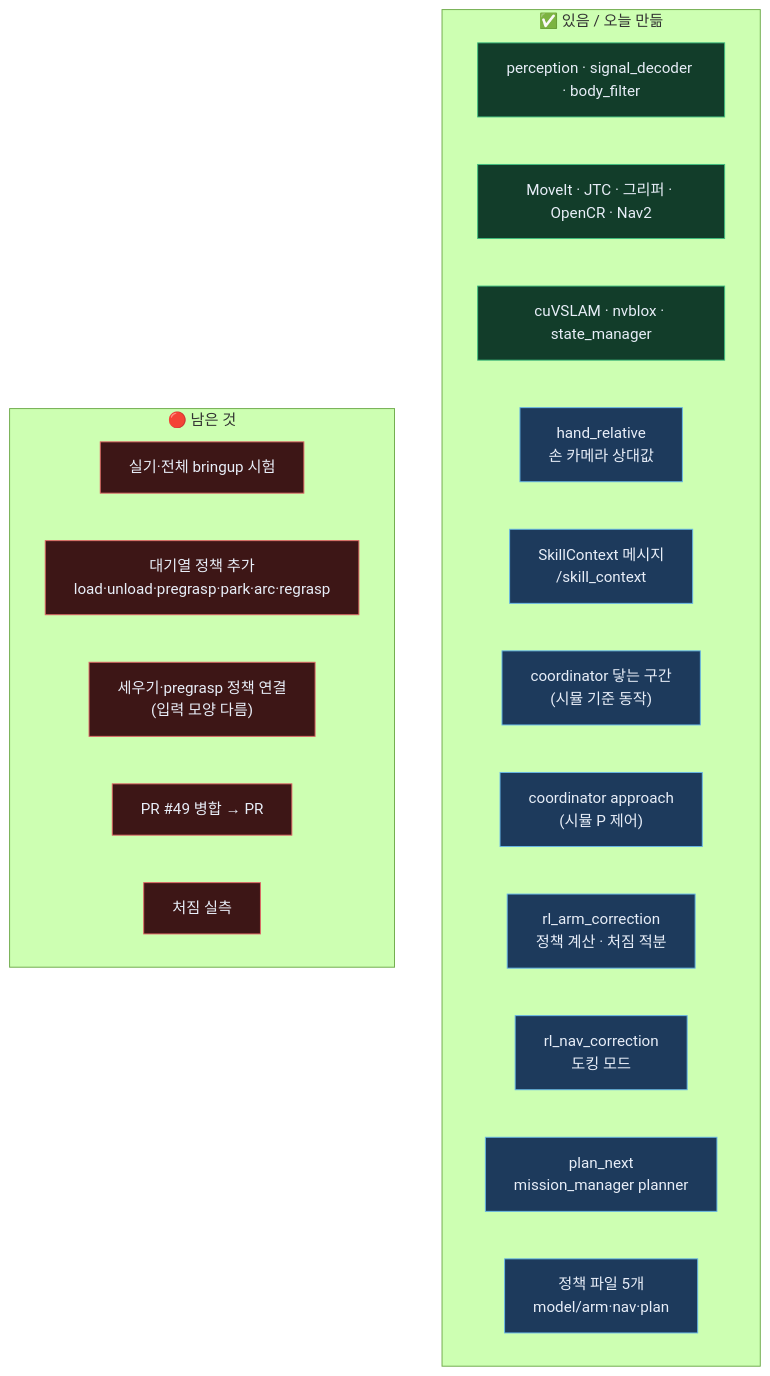
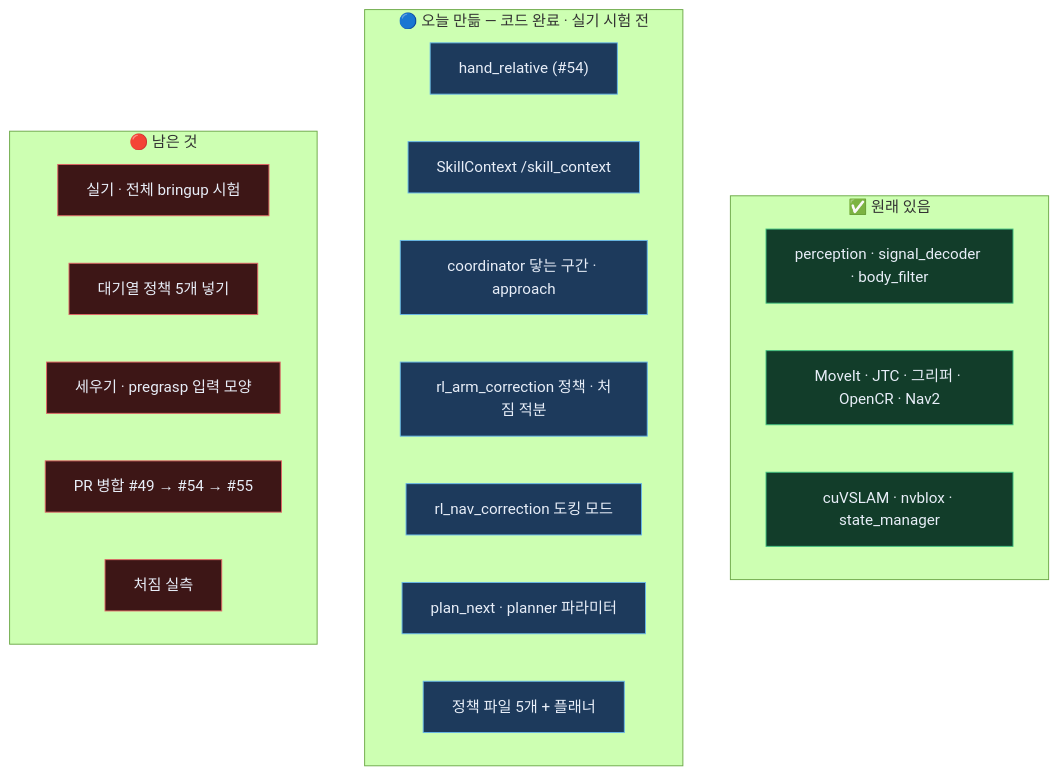
The sixth of 9 diagrams in bee/system-map.md (JuneKunst/JuneKunst.github.io), drawn with Mermaid (forest theme) before and after one commit. The commit also changed other lines of this file and 1 other file, not shown here.

Commit message:
docs: bee 전체 지도 최신화 — 배포 코드(PR #55)·PR 번호·load_slot 결과·남은 일·기준 시각 바로잡음

````diff
--- a/bee/system-map.md
+++ b/bee/system-map.md
@@ -234,28 +231,30 @@
 ```mermaid
 flowchart TB
-  subgraph gz_DONE["✅ 있음 / 오늘 만듦"]
+  subgraph gz_DONE["✅ 원래 있음"]
     direction LR
     gz_d1["perception · signal_decoder · body_filter"]:::ok
     gz_d3["MoveIt · JTC · 그리퍼 · OpenCR · Nav2"]:::ok
     gz_d5["cuVSLAM · nvblox · state_manager"]:::ok
-    gz_d6["hand_relative<br/>손 카메라 상대값"]:::new
-    gz_d7["SkillContext 메시지<br/>/skill_context"]:::new
-    gz_d8["coordinator 닿는 구간<br/>(시뮬 기준 동작)"]:::new
-    gz_d9["coordinator approach<br/>(시뮬 P 제어)"]:::new
-    gz_d10["rl_arm_correction<br/>정책 계산 · 처짐 적분"]:::new
-    gz_d11["rl_nav_correction<br/>도킹 모드"]:::new
-    gz_d12["plan_next<br/>mission_manager planner"]:::new
-    gz_d13["정책 파일 5개<br/>model/arm·nav·plan"]:::new
+  end
+  subgraph gz_CODE["🔵 오늘 만듦 — 코드 완료 · 실기 시험 전"]
+    direction LR
+    gz_d6["hand_relative (#54)"]:::code
+    gz_d7["SkillContext /skill_context"]:::code
+    gz_d8["coordinator 닿는 구간 · approach"]:::code
+    gz_d10["rl_arm_correction 정책 · 처짐 적분"]:::code
+    gz_d11["rl_nav_correction 도킹 모드"]:::code
+    gz_d12["plan_next · planner 파라미터"]:::code
+    gz_d13["정책 파일 5개 + 플래너"]:::code
   end
   subgraph gz_LEFT["🔴 남은 것"]
     direction LR
-    gz_l1["실기·전체 bringup 시험"]:::no
-    gz_l2["대기열 정책 추가<br/>load·unload·pregrasp·park·arc·regrasp"]:::no
-    gz_l3["세우기·pregrasp 정책 연결<br/>(입력 모양 다름)"]:::no
-    gz_l4["PR #49 병합 → PR"]:::no
+    gz_l1["실기 · 전체 bringup 시험"]:::no
+    gz_l2["대기열 정책 5개 넣기"]:::no
+    gz_l3["세우기 · pregrasp 입력 모양"]:::no
+    gz_l4["PR 병합 #49 → #54 → #55"]:::no
     gz_l5["처짐 실측"]:::no
   end
   classDef ok fill:#123d2a,stroke:#3fbf7f,color:#e8eef8
-  classDef new fill:#1d3a5c,stroke:#67b7e8,color:#e8eef8
+  classDef code fill:#1d3a5c,stroke:#67b7e8,color:#e8eef8
   classDef no fill:#3d1616,stroke:#e06666,color:#e8eef8
 ```
````
